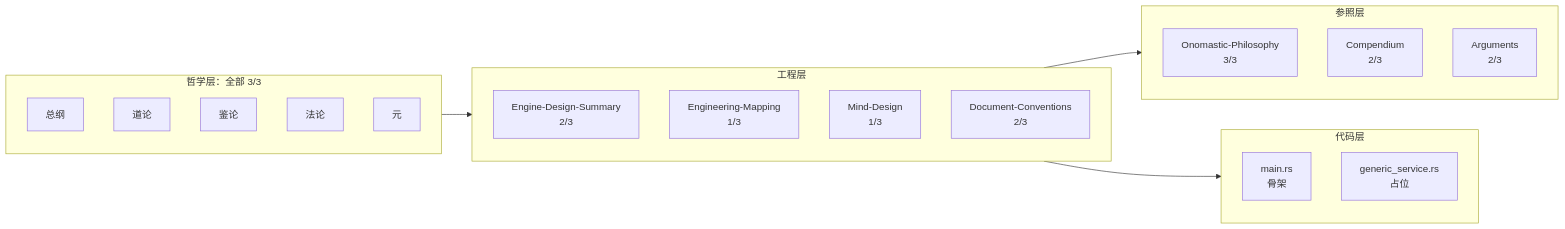
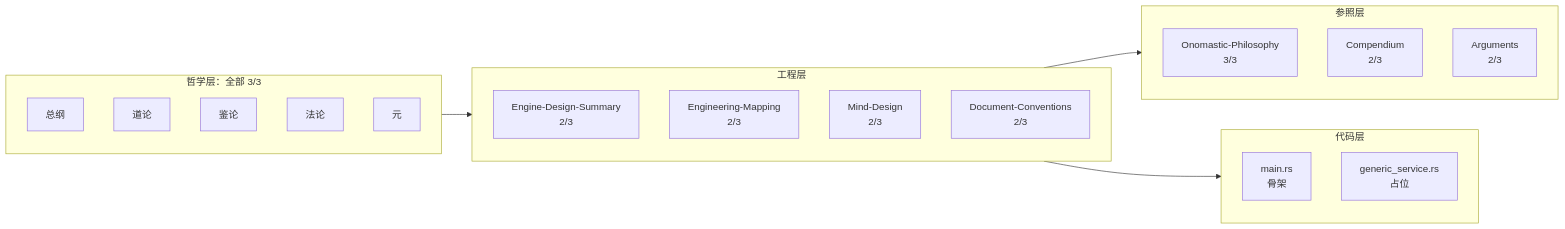
The first of 4 diagrams in docs/proposals/SiHankor-Engine-Roadmap.sih.md (sgmov/sihankor), drawn with Mermaid before and after one commit. The commit also changed other lines of this file and 4 other files, not shown here.

````diff
--- a/docs/proposals/SiHankor-Engine-Roadmap.sih.md
+++ b/docs/proposals/SiHankor-Engine-Roadmap.sih.md
@@ -27,32 +27,32 @@
 ```mermaid
 flowchart LR
     subgraph Philosophy["哲学层：全部 3/3"]
         P1["总纲"]
         P2["道论"]
         P3["鉴论"]
         P4["法论"]
         P5["元"]
     end
 
     subgraph Engineering["工程层"]
         E1["Engine-Design-Summary<br/>2/3"]
-        E2["Engineering-Mapping<br/>1/3"]
-        E3["Mind-Design<br/>1/3"]
+        E2["Engineering-Mapping<br/>2/3"]
+        E3["Mind-Design<br/>2/3"]
         E4["Document-Conventions<br/>2/3"]
     end
 
     subgraph Reference["参照层"]
         R1["Onomastic-Philosophy<br/>3/3"]
         R2["Compendium<br/>2/3"]
         R3["Arguments<br/>2/3"]
     end
 
     subgraph Code["代码层"]
         C1["main.rs<br/>骨架"]
         C2["generic_service.rs<br/>占位"]
     end
 
     Philosophy --> Engineering
     Engineering --> Reference
     Engineering --> Code
 ```
````
